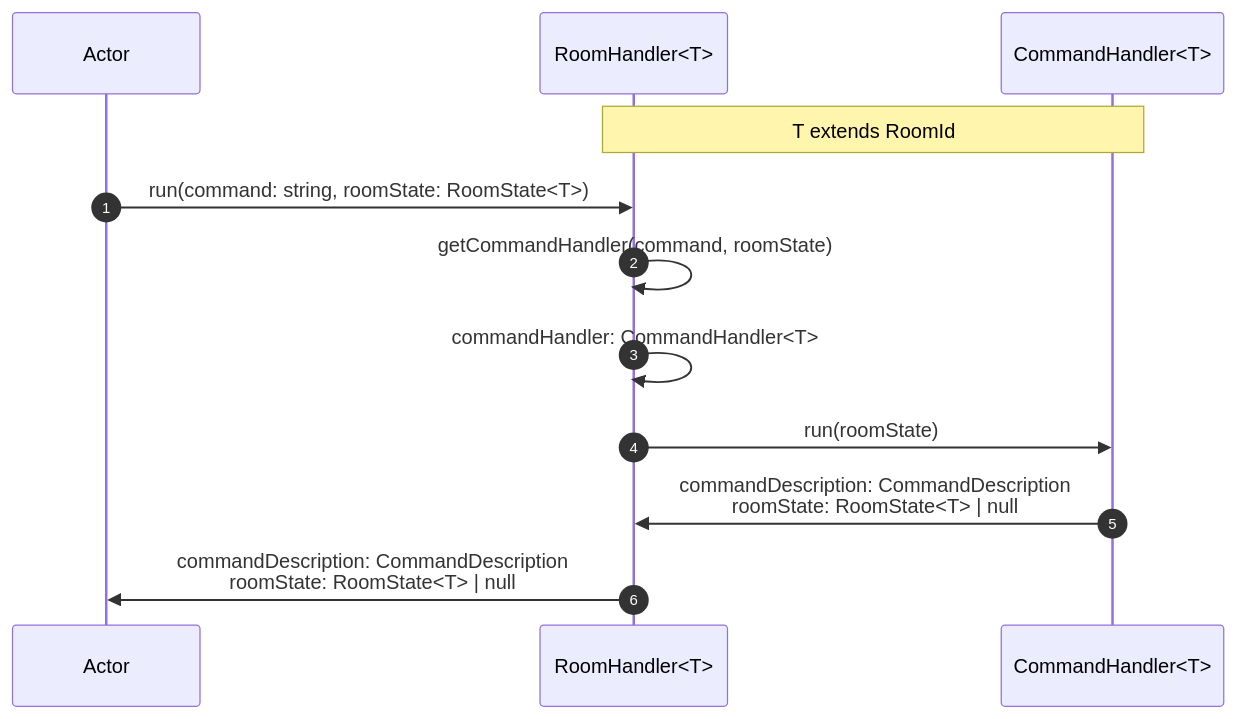
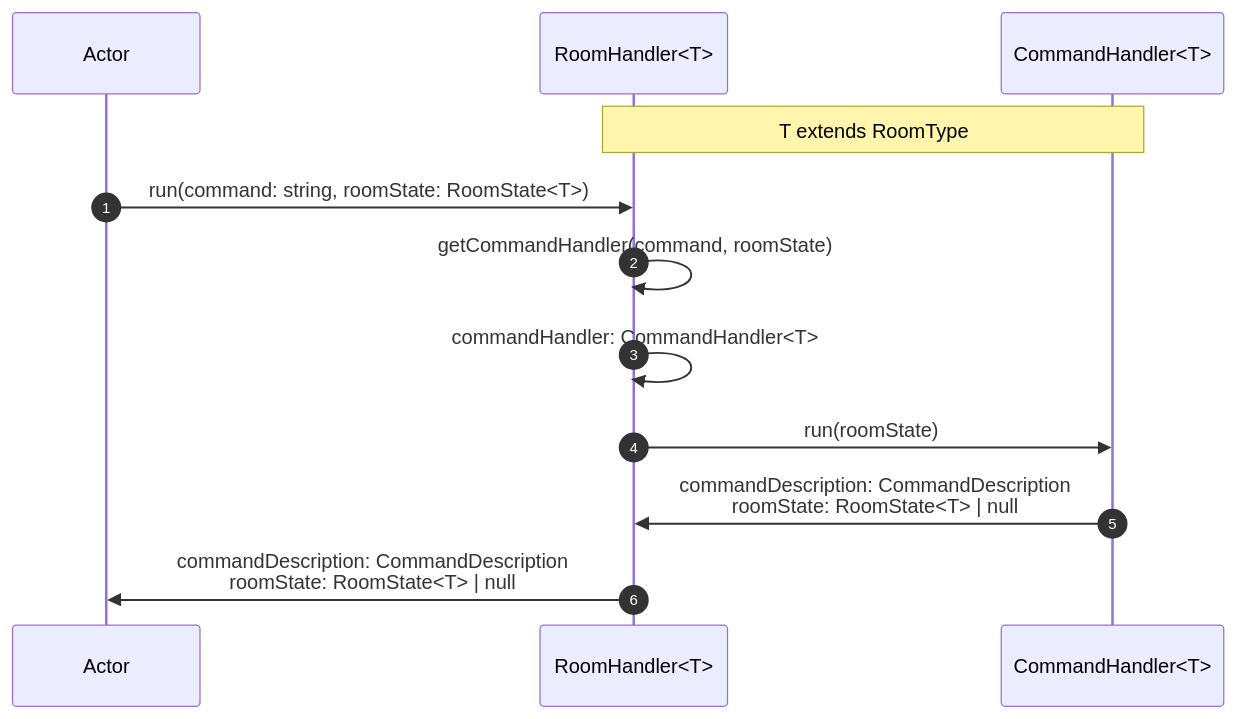
The diagram in docs/architecture/roomHandler.md (normal-devs/klicker-knight), drawn with Mermaid before and after one commit. The commit also changed other lines of this file and 8 other files, not shown here.

First line of the commit message:
Replace roomId with roomType

````diff
--- a/docs/architecture/roomHandler.md
+++ b/docs/architecture/roomHandler.md
@@ -13,17 +13,17 @@
 ```mermaid
 sequenceDiagram
   autonumber
   participant A as Actor
   participant RH as RoomHandler<T>
   participant CH as CommandHandler<T>
 
-  note over RH,CH: T extends RoomId
+  note over RH,CH: T extends RoomType
 
   A ->> RH: run(command: string, roomState: RoomState<T>)
 
   RH ->> RH: getCommandHandler(command, roomState)
   RH ->> RH: commandHandler: CommandHandler<T>
   RH ->> CH: run(roomState)
   CH ->> RH: commandDescription: CommandDescription <br> roomState: RoomState<T> | null
   RH ->> A: commandDescription: CommandDescription <br> roomState: RoomState<T> | null
 ```
````
